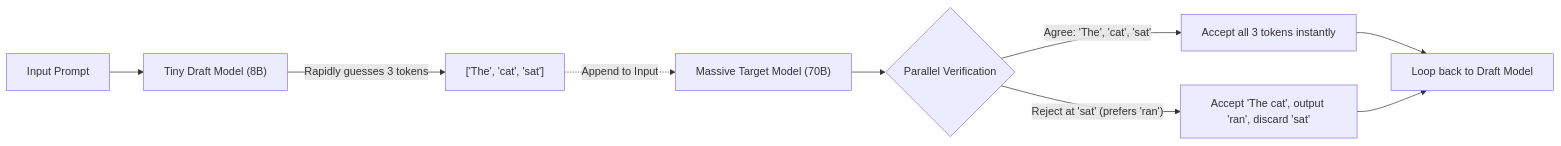
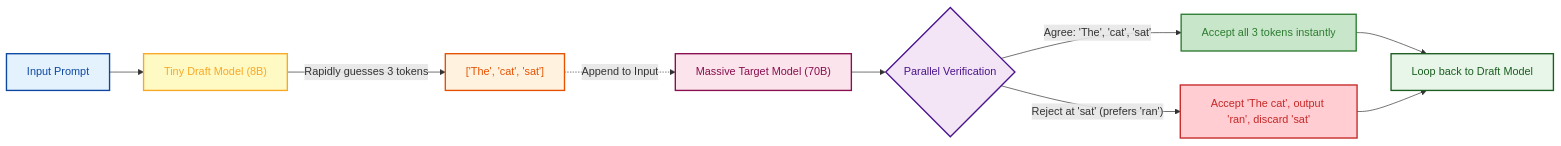
Before and after one commit to GyanendraChaubey/AI-Engineering-Notes: the second of 2 diagrams in docs/12-deployment/README.md, drawn with Mermaid. The commit also changed other lines of this file and 15 other files, not shown here.

Commit message:
style: apply light color palette to remaining Mermaid diagrams (docs 15 & 16)

````diff
--- a/docs/12-deployment/README.md
+++ b/docs/12-deployment/README.md
@@ -145,16 +157,24 @@
 ```mermaid
 flowchart LR
     A["Input Prompt"] --> B["Tiny Draft Model (8B)"]
     
     B -->|"Rapidly guesses 3 tokens"| C["['The', 'cat', 'sat']"]
     
     C -.->|"Append to Input"| D["Massive Target Model (70B)"]
     
     D --> E{"Parallel Verification"}
     
     E -->|"Agree: 'The', 'cat', 'sat'"| F["Accept all 3 tokens instantly"]
     E -->|"Reject at 'sat' (prefers 'ran')"| G["Accept 'The cat', output 'ran', discard 'sat'"]
     
     F --> H["Loop back to Draft Model"]
     G --> H
+    style A fill:#e3f2fd,stroke:#0d47a1,stroke-width:2px,color:#0d47a1
+    style B fill:#fff9c4,stroke:#f9a825,stroke-width:2px,color:#f9a825
+    style C fill:#fff3e0,stroke:#e65100,stroke-width:2px,color:#e65100
+    style D fill:#fce4ec,stroke:#880e4f,stroke-width:2px,color:#880e4f
+    style E fill:#f3e5f5,stroke:#4a148c,stroke-width:2px,color:#4a148c
+    style F fill:#c8e6c9,stroke:#2e7d32,stroke-width:2px,color:#2e7d32
+    style G fill:#ffcdd2,stroke:#c62828,stroke-width:2px,color:#c62828
+    style H fill:#e8f5e9,stroke:#1b5e20,stroke-width:2px,color:#1b5e20
 ```
````
